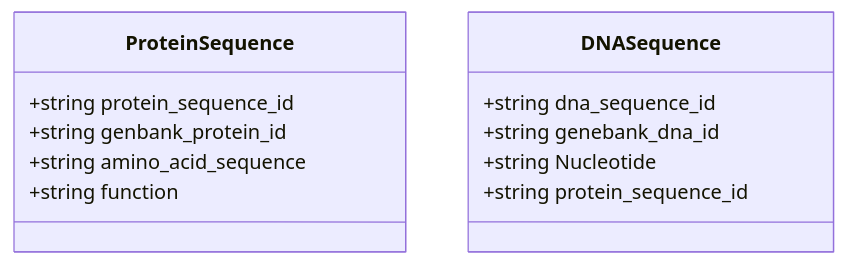
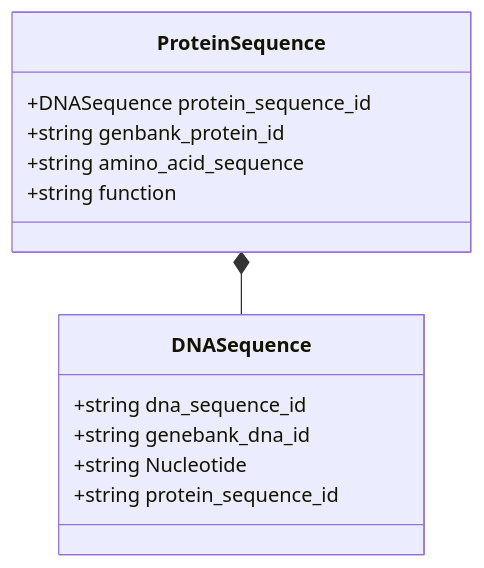
The diagram in PyEEDexample1/schemes/PyEED Data Model.md (maxim945/Database-present), drawn with Mermaid before and after one commit. The commit also changed 2 other files, not shown here.

Commit message:
API update

````diff
--- a/PyEEDexample1/schemes/PyEED Data Model.md
+++ b/PyEEDexample1/schemes/PyEED Data Model.md
@@ -1,18 +1,19 @@
 ```mermaid
 classDiagram
+    ProteinSequence *-- DNASequence
     
     class ProteinSequence {
-        +string protein_sequence_id
+        +DNASequence protein_sequence_id
         +string genbank_protein_id
         +string amino_acid_sequence
         +string function
     }
     
     class DNASequence {
         +string dna_sequence_id
         +string genebank_dna_id
         +string Nucleotide
         +string protein_sequence_id
     }
     
 ```
````
